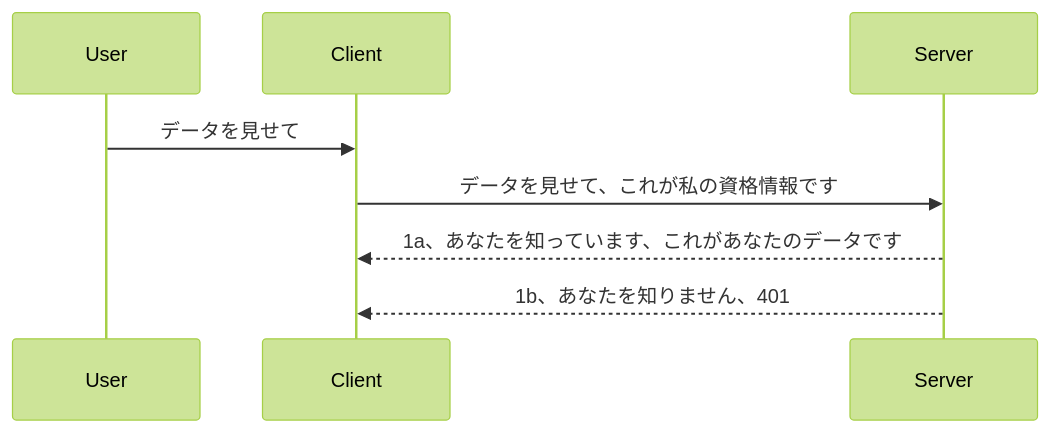
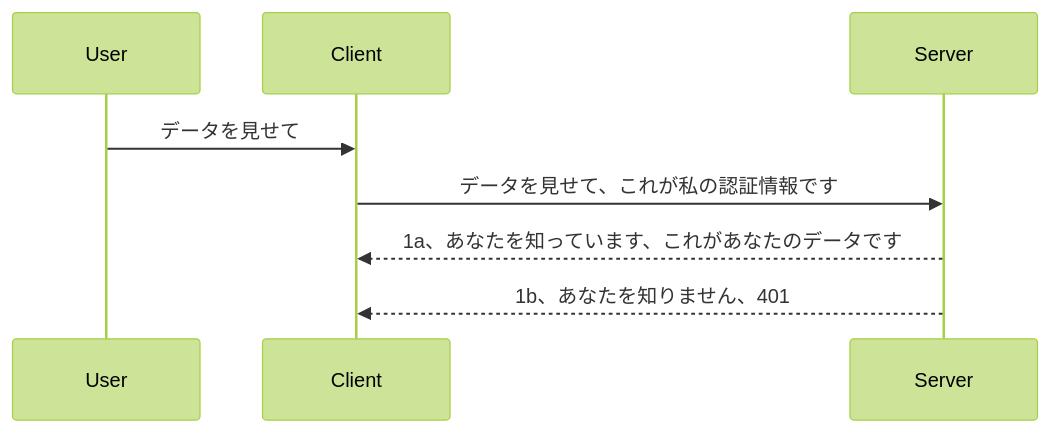
The diagram in mcp_ecosystem__model_context_protocol/mcp_learning_resources/mcp-for-beginners/translations/ja/03-GettingStarted/11-simple-auth/README.md (HIDORAKAI002/ai-workspace-archive), drawn with Mermaid (forest theme) before and after one commit. The commit also changed other lines of this file and 1046 other files, not shown here.

````diff
--- a/mcp_ecosystem__model_context_protocol/mcp_learning_resources/mcp-for-beginners/translations/ja/03-GettingStarted/11-simple-auth/README.md
+++ b/mcp_ecosystem__model_context_protocol/mcp_learning_resources/mcp-for-beginners/translations/ja/03-GettingStarted/11-simple-auth/README.md
@@ -24,11 +24,11 @@
 ```mermaid
 sequenceDiagram
    participant User
    participant Client
    participant Server
 
    User->>Client: データを見せて
-   Client->>Server: データを見せて、これが私の資格情報です
+   Client->>Server: データを見せて、これが私の認証情報です
    Server-->>Client: 1a、あなたを知っています、これがあなたのデータです
-   Server-->>Client: 1b、あなたを知りません、401
+   Server-->>Client: 1b、あなたを知りません、401 
 ```
````
